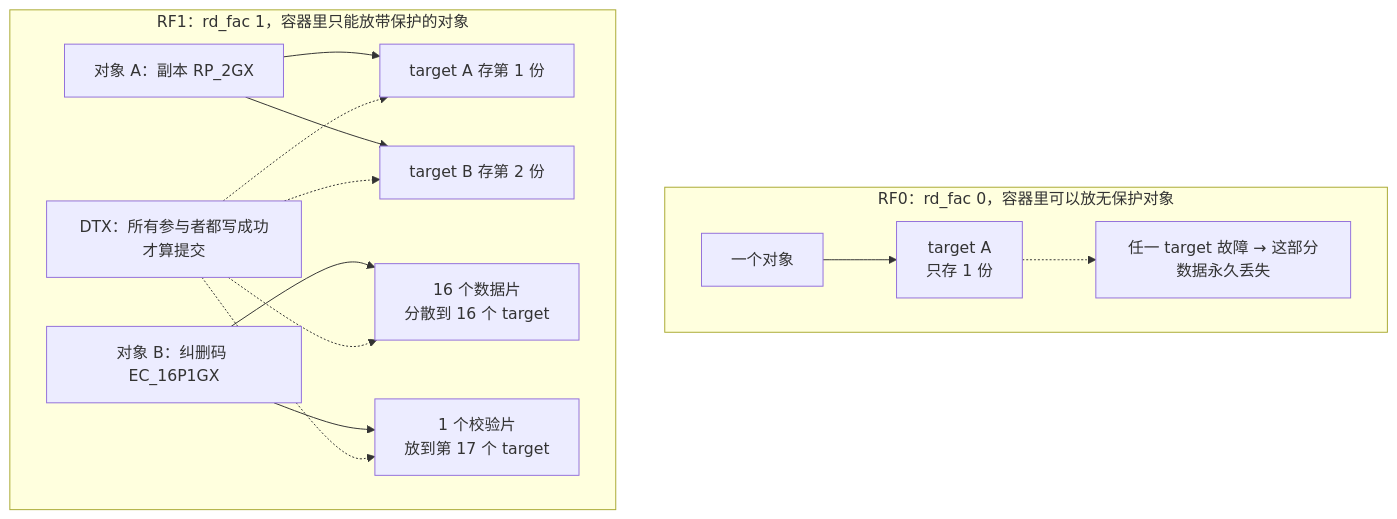
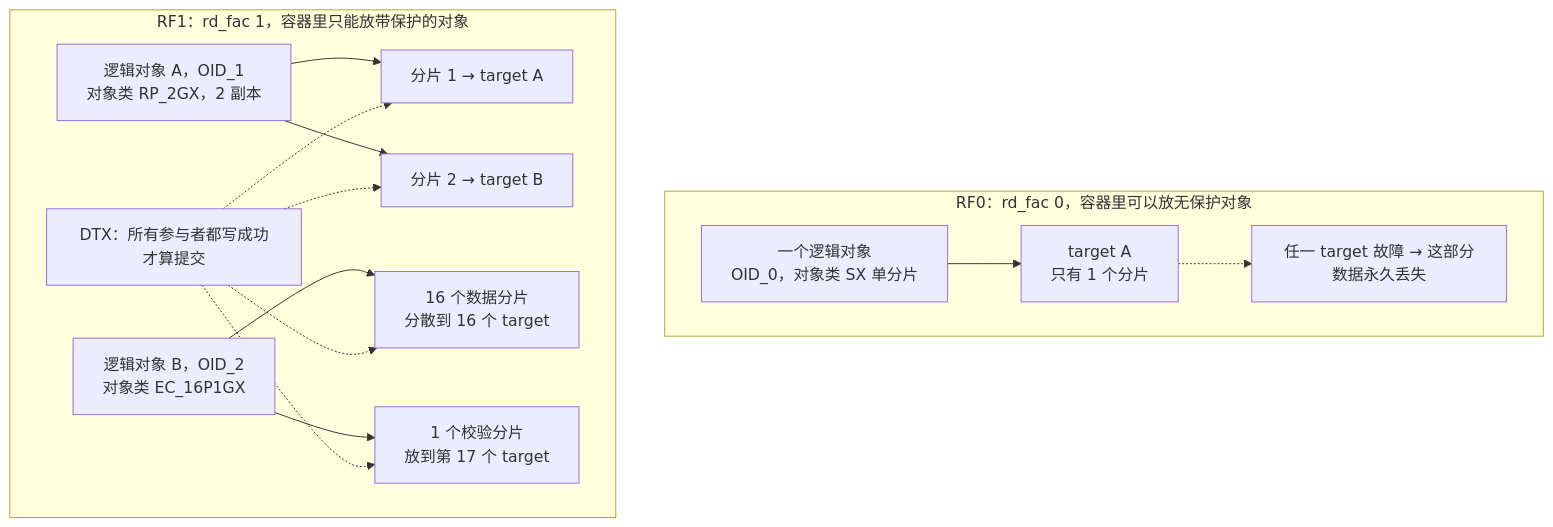
The seventh of 9 diagrams in _posts/2026-11-10-daos-performance-io500-analysis.md (lnsyyj/lnsyyj.github.io), drawn with Mermaid before and after one commit. The commit also changed other lines of this file, not shown here.

First line of the commit message:
Explain DAOS object model and how to read the architecture diagram

````diff
--- a/_posts/2026-11-10-daos-performance-io500-analysis.md
+++ b/_posts/2026-11-10-daos-performance-io500-analysis.md
@@ -523,19 +753,19 @@
 ```mermaid
 flowchart TB
     subgraph R0["RF0：rd_fac 0，容器里可以放无保护对象"]
-        O0["一个对象"] --> T0["target A<br/>只存 1 份"]
+        O0["一个逻辑对象<br/>OID_0，对象类 SX 单分片"] --> T0["target A<br/>只有 1 个分片"]
         N0["任一 target 故障 → 这部分数据永久丢失"]
         T0 -.-> N0
     end
     subgraph R1["RF1：rd_fac 1，容器里只能放带保护的对象"]
-        O1["对象 A：副本 RP_2GX"] --> T1["target A 存第 1 份"]
-        O1 --> T2["target B 存第 2 份"]
-        O2["对象 B：纠删码 EC_16P1GX"] --> D["16 个数据片<br/>分散到 16 个 target"]
-        O2 --> P["1 个校验片<br/>放到第 17 个 target"]
+        O1["逻辑对象 A，OID_1<br/>对象类 RP_2GX，2 副本"] --> T1["分片 1 → target A"]
+        O1 --> T2["分片 2 → target B"]
+        O2["逻辑对象 B，OID_2<br/>对象类 EC_16P1GX"] --> D["16 个数据分片<br/>分散到 16 个 target"]
+        O2 --> P["1 个校验分片<br/>放到第 17 个 target"]
         TX["DTX：所有参与者都写成功才算提交"]
         TX -.-> T1
         TX -.-> T2
         TX -.-> D
         TX -.-> P
     end
 ```
````
